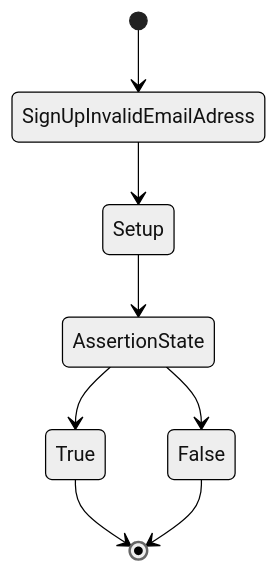
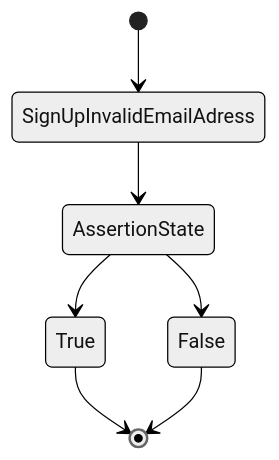
The ninth of 12 diagrams in model/TestModel.md (Emsaso/GetNews), drawn with Mermaid (neutral theme) before and after one commit. The commit also changed other lines of this file, not shown here.

````diff
--- a/model/TestModel.md
+++ b/model/TestModel.md
@@ -182,12 +171,10 @@
 ```mermaid
 stateDiagram-v2
     [*] --> SignUpInvalidEmailAdress
-        SignUpInvalidEmailAdress --> Setup
-        
-        Setup --> AssertionState
+        SignUpInvalidEmailAdress --> AssertionState
         
         AssertionState --> True
         AssertionState --> False
         True --> [*]
         False --> [*]
 ```
````
